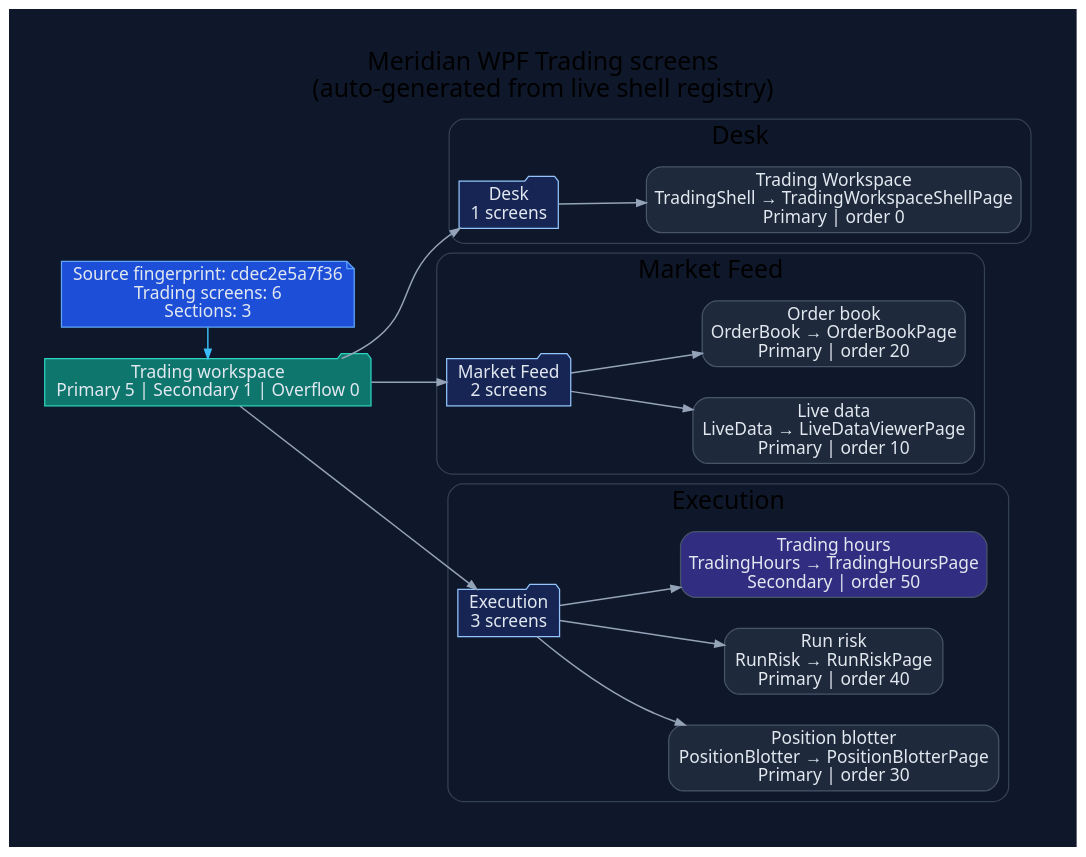
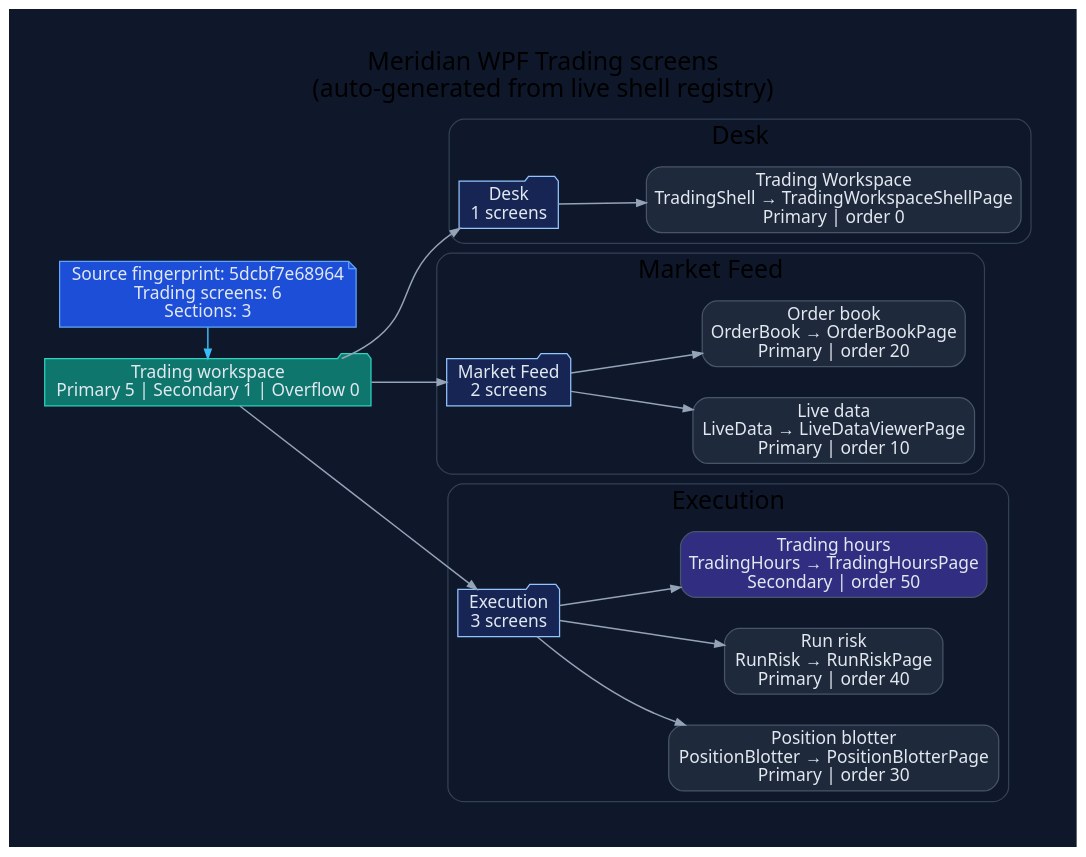
One commit to rodoHasArrived/Meridian-main changed the diagram in docs/diagrams/ui/ui-wpf-screens-trading.dot. Above: the diagram before and after it, drawn with Graphviz. The commit also changed 49 other files, not shown here.

```diff
--- a/docs/diagrams/ui/ui-wpf-screens-trading.dot
+++ b/docs/diagrams/ui/ui-wpf-screens-trading.dot
@@ -1,62 +1,62 @@
 // -----------------------------------------------------------------------------
 // <auto-generated>
 // Generated by scripts/generate-diagrams.mjs.
 // Do not edit this file directly; update the WPF source files instead.
 // -----------------------------------------------------------------------------
 digraph WpfTradingScreens {
   graph [
     rankdir=LR,
     labelloc=t,
     label="Meridian WPF Trading screens\n(auto-generated from live shell registry)",
     fontname="Segoe UI",
     fontsize=20,
     pad=0.4,
     nodesep=0.35,
     ranksep=0.85,
     bgcolor="#0f172a"
   ];
   node [fontname="Segoe UI", shape=box, style="rounded,filled", color="#475569", fontcolor="#e2e8f0", fillcolor="#1e293b"];
   edge [fontname="Segoe UI", color="#94a3b8", penwidth=1.2, arrowsize=0.75];
 
-  generated [shape=note, fillcolor="#1d4ed8", color="#60a5fa", label="Source fingerprint: cdec2e5a7f36\nTrading screens: 6\nSections: 3"];
+  generated [shape=note, fillcolor="#1d4ed8", color="#60a5fa", label="Source fingerprint: 5dcbf7e68964\nTrading screens: 6\nSections: 3"];
   workspace [shape=folder, fillcolor="#0f766e", color="#2dd4bf", label="Trading workspace\nPrimary 5 | Secondary 1 | Overflow 0"];
   generated -> workspace [color="#38bdf8"];
 
   subgraph cluster_section_1 {
     label="Desk";
     color="#334155";
     style="rounded";
     section_1 [shape=folder, fillcolor="#172554", color="#93c5fd", label="Desk\n1 screens"];
     workspace -> section_1;
     screen_TradingShell [fillcolor="#1e293b", label="Trading Workspace\nTradingShell → TradingWorkspaceShellPage\nPrimary | order 0"];
     section_1 -> screen_TradingShell;
   }
 
   subgraph cluster_section_2 {
     label="Market Feed";
     color="#334155";
     style="rounded";
     section_2 [shape=folder, fillcolor="#172554", color="#93c5fd", label="Market Feed\n2 screens"];
     workspace -> section_2;
     screen_LiveData [fillcolor="#1e293b", label="Live data\nLiveData → LiveDataViewerPage\nPrimary | order 10"];
     section_2 -> screen_LiveData;
     screen_OrderBook [fillcolor="#1e293b", label="Order book\nOrderBook → OrderBookPage\nPrimary | order 20"];
     section_2 -> screen_OrderBook;
   }
 
   subgraph cluster_section_3 {
     label="Execution";
     color="#334155";
     style="rounded";
     section_3 [shape=folder, fillcolor="#172554", color="#93c5fd", label="Execution\n3 screens"];
     workspace -> section_3;
     screen_PositionBlotter [fillcolor="#1e293b", label="Position blotter\nPositionBlotter → PositionBlotterPage\nPrimary | order 30"];
     section_3 -> screen_PositionBlotter;
     screen_RunRisk [fillcolor="#1e293b", label="Run risk\nRunRisk → RunRiskPage\nPrimary | order 40"];
     section_3 -> screen_RunRisk;
     screen_TradingHours [fillcolor="#312e81", label="Trading hours\nTradingHours → TradingHoursPage\nSecondary | order 50"];
     section_3 -> screen_TradingHours;
   }
 
   { rank=min; generated; workspace; }
 }
```
